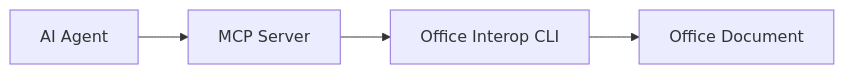
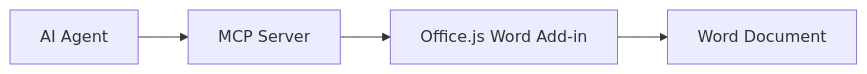
Before and after one commit to WangChengYeh/mcp_word: the diagram in SPEC.md, drawn with Mermaid. The commit also changed other lines of this file, not shown here.

````diff
--- a/SPEC.md
+++ b/SPEC.md
@@ -13,6 +12,6 @@
 ```mermaid
 flowchart LR
   A[AI Agent] --> B[MCP Server]
-  B --> C[Office Interop CLI]
-  C --> D[Office Document]
+  B --> C[Office.js Word Add-in]
+  C --> D[Word Document]
 ```
````
